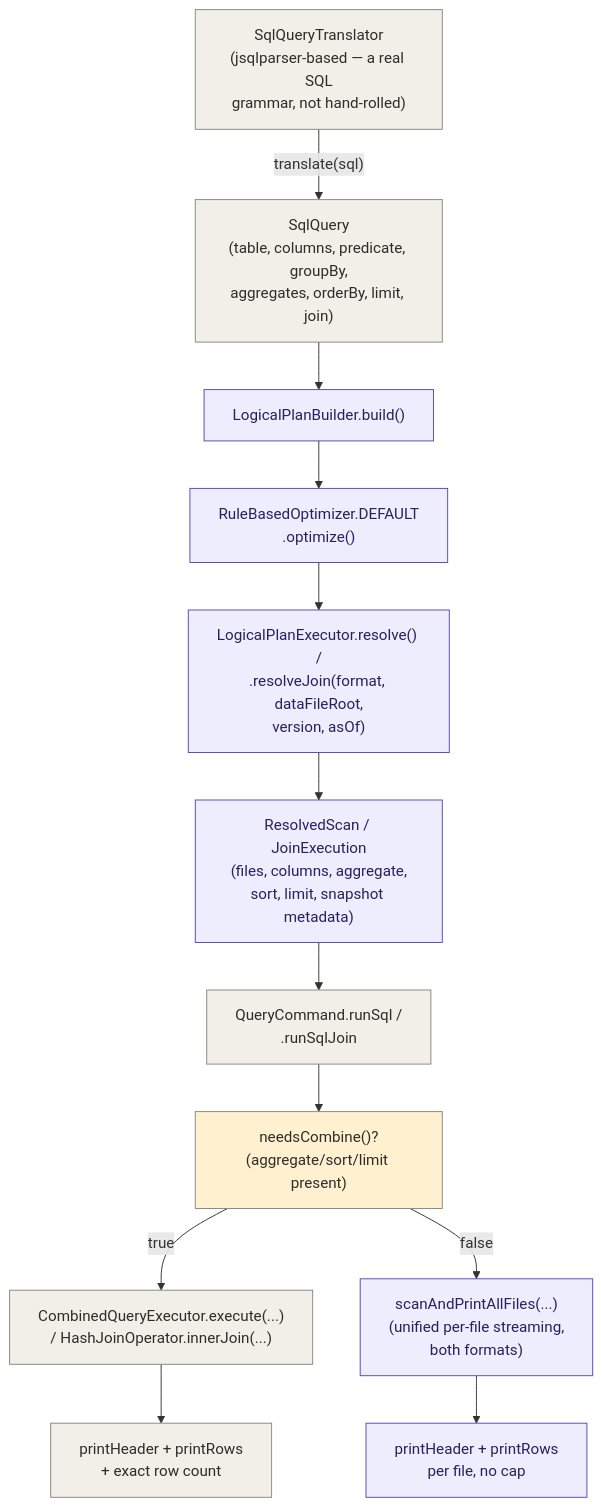
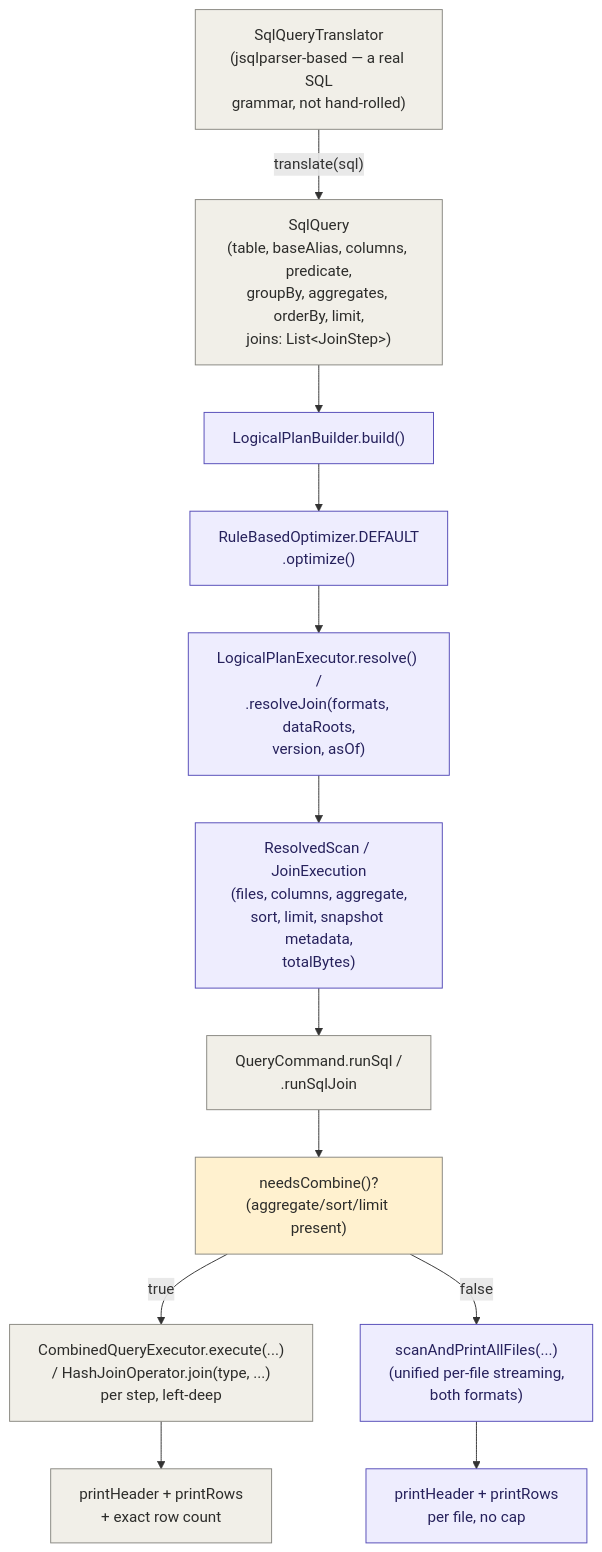
Before and after one commit to codelabuk/labukDB: the first of 3 diagrams in docs/diagrams/sql-engine-logical-plan.md, drawn with Mermaid. The commit also changed other lines of this file and 20 other files, not shown here.

````diff
--- a/docs/diagrams/sql-engine-logical-plan.md
+++ b/docs/diagrams/sql-engine-logical-plan.md
@@ -3,34 +3,34 @@
 ```mermaid
 flowchart TB
     classDef builtNode fill:#EEEDFE,stroke:#534AB7,color:#26215C
     classDef reusedNode fill:#F1EFE8,stroke:#888780,color:#2C2C2A
     classDef decisionNode fill:#FFF1CF,stroke:#888780,color:#2C2C2A
 
     SQTR["SqlQueryTranslator<br/>(jsqlparser-based — a real SQL<br/>grammar, not hand-rolled)"]:::reusedNode
-    SQQ["SqlQuery<br/>(table, columns, predicate, groupBy,<br/>aggregates, orderBy, limit, join)"]:::reusedNode
+    SQQ["SqlQuery<br/>(table, baseAlias, columns, predicate,<br/>groupBy, aggregates, orderBy, limit,<br/>joins: List&lt;JoinStep&gt;)"]:::reusedNode
 
     LPB["LogicalPlanBuilder.build()"]:::builtNode
     RBO["RuleBasedOptimizer.DEFAULT<br/>.optimize()"]:::builtNode
-    LPE["LogicalPlanExecutor.resolve() /<br/>.resolveJoin(format, dataFileRoot,<br/>version, asOf)"]:::builtNode
-    RS["ResolvedScan / JoinExecution<br/>(files, columns, aggregate,<br/>sort, limit, snapshot metadata)"]:::builtNode
+    LPE["LogicalPlanExecutor.resolve() /<br/>.resolveJoin(formats, dataRoots,<br/>version, asOf)"]:::builtNode
+    RS["ResolvedScan / JoinExecution<br/>(files, columns, aggregate,<br/>sort, limit, snapshot metadata,<br/>totalBytes)"]:::builtNode
 
     SQTR -- "translate(sql)" --> SQQ
     SQQ --> LPB
     LPB --> RBO
     RBO --> LPE
     LPE --> RS
 
     QC["QueryCommand.runSql /<br/>.runSqlJoin"]:::reusedNode
     DECISION["needsCombine()?<br/>(aggregate/sort/limit present)"]:::decisionNode
-    CQE["CombinedQueryExecutor.execute(...)<br/>/ HashJoinOperator.innerJoin(...)"]:::reusedNode
+    CQE["CombinedQueryExecutor.execute(...)<br/>/ HashJoinOperator.join(type, ...)<br/>per step, left-deep"]:::reusedNode
     STREAM["scanAndPrintAllFiles(...)<br/>(unified per-file streaming,<br/>both formats)"]:::builtNode
     OUT1["printHeader + printRows<br/>+ exact row count"]:::reusedNode
     OUT2["printHeader + printRows<br/>per file, no cap"]:::builtNode
 
     RS --> QC
     QC --> DECISION
     DECISION -- "true" --> CQE
     DECISION -- "false" --> STREAM
     CQE --> OUT1
     STREAM --> OUT2
 ```
````
